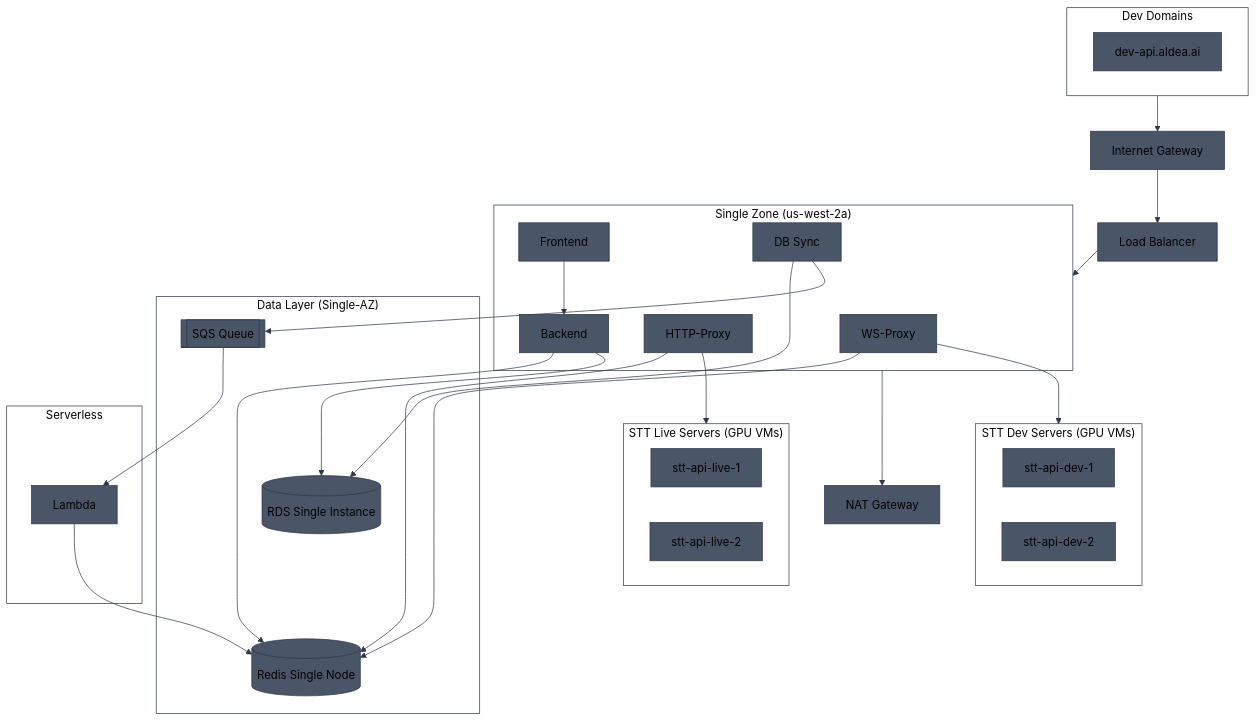
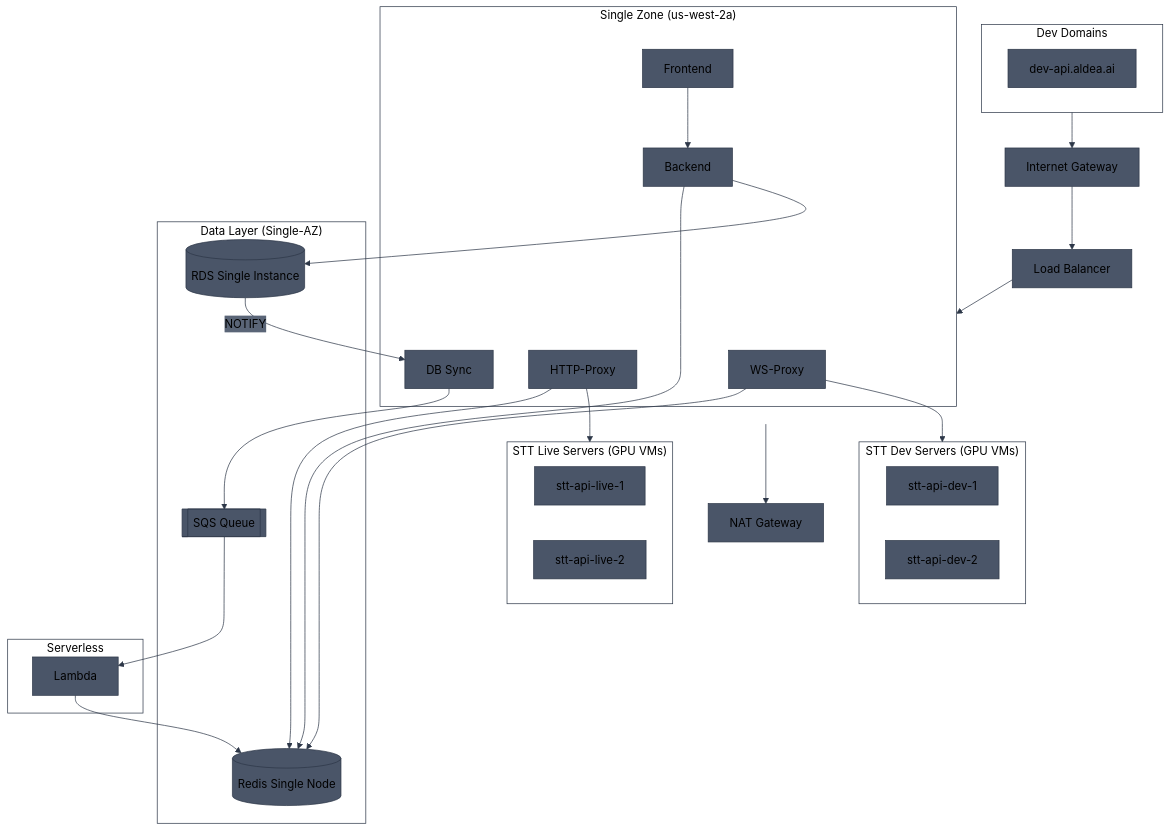
One commit to aldea-ai/infrastructure-docs changed the seventh of 8 diagrams in diagrams/ecs-architecture.md. Above: the diagram before and after it, drawn with Mermaid. The commit also changed other lines of this file, not shown here.

Commit message:
Fix DB sync flow: PostgreSQL NOTIFY → DB Sync → SQS → Lambda → Redis

````diff
--- a/diagrams/ecs-architecture.md
+++ b/diagrams/ecs-architecture.md
@@ -298,50 +300,51 @@
 ```mermaid
 %%{init: {'theme': 'base', 'themeVariables': { 'primaryColor': '#4a5568', 'primaryTextColor': '#000', 'primaryBorderColor': '#2d3748', 'lineColor': '#2d3748', 'secondaryColor': '#5a6577', 'tertiaryColor': '#6b7280', 'clusterBkg': 'transparent', 'clusterBorder': '#2d3748', 'titleColor': '#000'}}}%%
 flowchart TB
     subgraph Domains["Dev Domains"]
         D1[dev-api.aldea.ai]
     end
 
     IGW[Internet Gateway]
     ALB[Load Balancer]
     NAT[NAT Gateway]
 
     subgraph AZ_A["Single Zone (us-west-2a)"]
         WS[WS-Proxy]
         HTTP[HTTP-Proxy]
         BE[Backend]
         FE[Frontend]
         SYNC[DB Sync]
     end
 
     subgraph Data["Data Layer (Single-AZ)"]
         REDIS[(Redis Single Node)]
         RDS[(RDS Single Instance)]
         SQS[[SQS Queue]]
     end
 
     subgraph Serverless["Serverless"]
         LAMBDA[Lambda]
     end
 
     subgraph STT_Live["STT Live Servers (GPU VMs)"]
         LIVE1[stt-api-live-1]
         LIVE2[stt-api-live-2]
     end
 
     subgraph STT_Dev["STT Dev Servers (GPU VMs)"]
         DEV1[stt-api-dev-1]
         DEV2[stt-api-dev-2]
     end
 
     Domains --> IGW --> ALB --> AZ_A
     AZ_A --> NAT
     WS & HTTP --> REDIS
     BE --> REDIS & RDS
     FE --> BE
-    SYNC --> RDS & SQS
+    RDS -->|NOTIFY| SYNC
+    SYNC --> SQS
     SQS --> LAMBDA
     LAMBDA --> REDIS
     HTTP --> STT_Live
     WS --> STT_Dev
 ```
````
